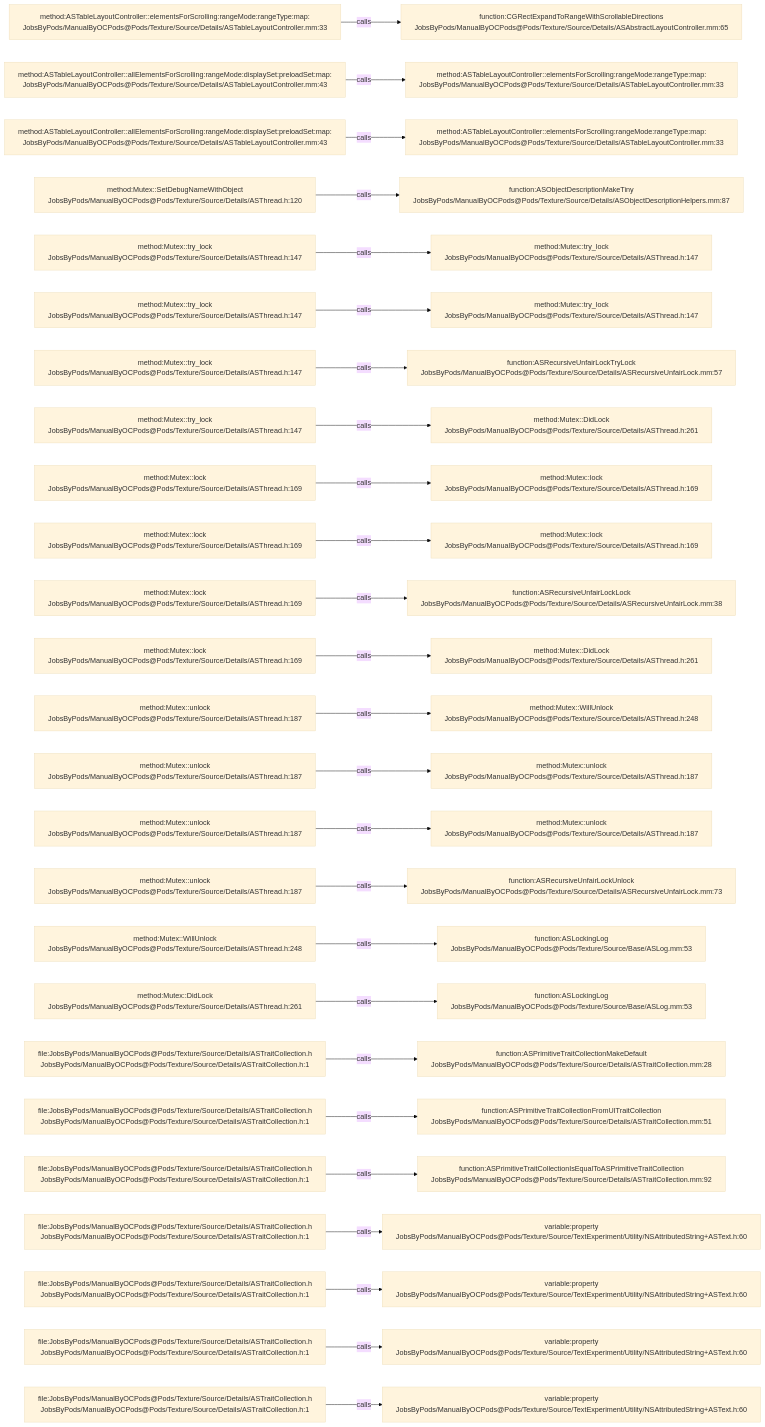
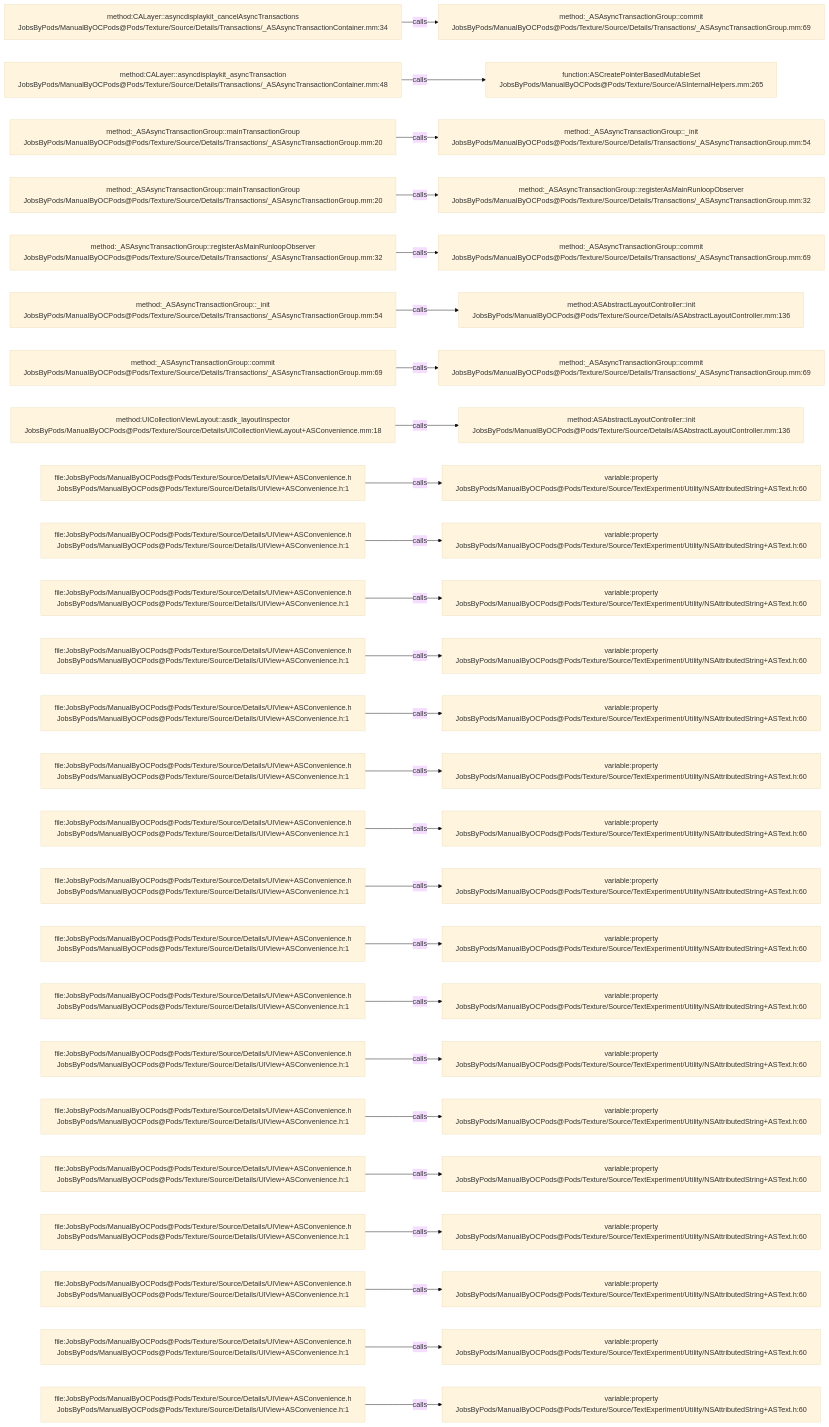
Before and after one commit to JobsKits/JobsOCBaseConfigDemo: the diagram in .codegraph/codegraph.md/graphs/calls-167.md, drawn with Mermaid (base theme). The commit also changed 1353 other files, not shown here.

````diff
--- a/.codegraph/codegraph.md/graphs/calls-167.md
+++ b/.codegraph/codegraph.md/graphs/calls-167.md
@@ -13,78 +13,78 @@
 ```mermaid
 flowchart LR
-  S1["method:ASTableLayoutController::elementsForScrolling:rangeMode:rangeType:map:<br/>JobsByPods/ManualByOCPods@Pods/Texture/Source/Details/ASTableLayoutController.mm:33"]
-  T1["function:CGRectExpandToRangeWithScrollableDirections<br/>JobsByPods/ManualByOCPods@Pods/Texture/Source/Details/ASAbstractLayoutController.mm:65"]
+  S1["method:CALayer::asyncdisplaykit_cancelAsyncTransactions<br/>JobsByPods/ManualByOCPods@Pods/Texture/Source/Details/Transactions/_ASAsyncTransactionContainer.mm:34"]
+  T1["method:_ASAsyncTransactionGroup::commit<br/>JobsByPods/ManualByOCPods@Pods/Texture/Source/Details/Transactions/_ASAsyncTransactionGroup.mm:69"]
   S1 -->|calls| T1
-  S2["method:ASTableLayoutController::allElementsForScrolling:rangeMode:displaySet:preloadSet:map:<br/>JobsByPods/ManualByOCPods@Pods/Texture/Source/Details/ASTableLayoutController.mm:43"]
-  T2["method:ASTableLayoutController::elementsForScrolling:rangeMode:rangeType:map:<br/>JobsByPods/ManualByOCPods@Pods/Texture/Source/Details/ASTableLayoutController.mm:33"]
+  S2["method:CALayer::asyncdisplaykit_asyncTransaction<br/>JobsByPods/ManualByOCPods@Pods/Texture/Source/Details/Transactions/_ASAsyncTransactionContainer.mm:48"]
+  T2["function:ASCreatePointerBasedMutableSet<br/>JobsByPods/ManualByOCPods@Pods/Texture/Source/ASInternalHelpers.mm:265"]
   S2 -->|calls| T2
-  S3["method:ASTableLayoutController::allElementsForScrolling:rangeMode:displaySet:preloadSet:map:<br/>JobsByPods/ManualByOCPods@Pods/Texture/Source/Details/ASTableLayoutController.mm:43"]
-  T3["method:ASTableLayoutController::elementsForScrolling:rangeMode:rangeType:map:<br/>JobsByPods/ManualByOCPods@Pods/Texture/Source/Details/ASTableLayoutController.mm:33"]
+  S3["method:_ASAsyncTransactionGroup::mainTransactionGroup<br/>JobsByPods/ManualByOCPods@Pods/Texture/Source/Details/Transactions/_ASAsyncTransactionGroup.mm:20"]
+  T3["method:_ASAsyncTransactionGroup::_init<br/>JobsByPods/ManualByOCPods@Pods/Texture/Source/Details/Transactions/_ASAsyncTransactionGroup.mm:54"]
   S3 -->|calls| T3
-  S4["method:Mutex::SetDebugNameWithObject<br/>JobsByPods/ManualByOCPods@Pods/Texture/Source/Details/ASThread.h:120"]
-  T4["function:ASObjectDescriptionMakeTiny<br/>JobsByPods/ManualByOCPods@Pods/Texture/Source/Details/ASObjectDescriptionHelpers.mm:87"]
+  S4["method:_ASAsyncTransactionGroup::mainTransactionGroup<br/>JobsByPods/ManualByOCPods@Pods/Texture/Source/Details/Transactions/_ASAsyncTransactionGroup.mm:20"]
+  T4["method:_ASAsyncTransactionGroup::registerAsMainRunloopObserver<br/>JobsByPods/ManualByOCPods@Pods/Texture/Source/Details/Transactions/_ASAsyncTransactionGroup.mm:32"]
   S4 -->|calls| T4
-  S5["method:Mutex::try_lock<br/>JobsByPods/ManualByOCPods@Pods/Texture/Source/Details/ASThread.h:147"]
-  T5["method:Mutex::try_lock<br/>JobsByPods/ManualByOCPods@Pods/Texture/Source/Details/ASThread.h:147"]
+  S5["method:_ASAsyncTransactionGroup::registerAsMainRunloopObserver<br/>JobsByPods/ManualByOCPods@Pods/Texture/Source/Details/Transactions/_ASAsyncTransactionGroup.mm:32"]
+  T5["method:_ASAsyncTransactionGroup::commit<br/>JobsByPods/ManualByOCPods@Pods/Texture/Source/Details/Transactions/_ASAsyncTransactionGroup.mm:69"]
   S5 -->|calls| T5
-  S6["method:Mutex::try_lock<br/>JobsByPods/ManualByOCPods@Pods/Texture/Source/Details/ASThread.h:147"]
-  T6["method:Mutex::try_lock<br/>JobsByPods/ManualByOCPods@Pods/Texture/Source/Details/ASThread.h:147"]
+  S6["method:_ASAsyncTransactionGroup::_init<br/>JobsByPods/ManualByOCPods@Pods/Texture/Source/Details/Transactions/_ASAsyncTransactionGroup.mm:54"]
+  T6["method:ASAbstractLayoutController::init<br/>JobsByPods/ManualByOCPods@Pods/Texture/Source/Details/ASAbstractLayoutController.mm:136"]
   S6 -->|calls| T6
-  S7["method:Mutex::try_lock<br/>JobsByPods/ManualByOCPods@Pods/Texture/Source/Details/ASThread.h:147"]
-  T7["function:ASRecursiveUnfairLockTryLock<br/>JobsByPods/ManualByOCPods@Pods/Texture/Source/Details/ASRecursiveUnfairLock.mm:57"]
+  S7["method:_ASAsyncTransactionGroup::commit<br/>JobsByPods/ManualByOCPods@Pods/Texture/Source/Details/Transactions/_ASAsyncTransactionGroup.mm:69"]
+  T7["method:_ASAsyncTransactionGroup::commit<br/>JobsByPods/ManualByOCPods@Pods/Texture/Source/Details/Transactions/_ASAsyncTransactionGroup.mm:69"]
   S7 -->|calls| T7
-  S8["method:Mutex::try_lock<br/>JobsByPods/ManualByOCPods@Pods/Texture/Source/Details/ASThread.h:147"]
-  T8["method:Mutex::DidLock<br/>JobsByPods/ManualByOCPods@Pods/Texture/Source/Details/ASThread.h:261"]
+  S8["method:UICollectionViewLayout::asdk_layoutInspector<br/>JobsByPods/ManualByOCPods@Pods/Texture/Source/Details/UICollectionViewLayout+ASConvenience.mm:18"]
+  T8["method:ASAbstractLayoutController::init<br/>JobsByPods/ManualByOCPods@Pods/Texture/Source/Details/ASAbstractLayoutController.mm:136"]
   S8 -->|calls| T8
-  S9["method:Mutex::lock<br/>JobsByPods/ManualByOCPods@Pods/Texture/Source/Details/ASThread.h:169"]
-  T9["method:Mutex::lock<br/>JobsByPods/ManualByOCPods@Pods/Texture/Source/Details/ASThread.h:169"]
+  S9["file:JobsByPods/ManualByOCPods@Pods/Texture/Source/Details/UIView+ASConvenience.h<br/>JobsByPods/ManualByOCPods@Pods/Texture/Source/Details/UIView+ASConvenience.h:1"]
+  T9["variable:property<br/>JobsByPods/ManualByOCPods@Pods/Texture/Source/TextExperiment/Utility/NSAttributedString+ASText.h:60"]
   S9 -->|calls| T9
-  S10["method:Mutex::lock<br/>JobsByPods/ManualByOCPods@Pods/Texture/Source/Details/ASThread.h:169"]
-  T10["method:Mutex::lock<br/>JobsByPods/ManualByOCPods@Pods/Texture/Source/Details/ASThread.h:169"]
+  S10["file:JobsByPods/ManualByOCPods@Pods/Texture/Source/Details/UIView+ASConvenience.h<br/>JobsByPods/ManualByOCPods@Pods/Texture/Source/Details/UIView+ASConvenience.h:1"]
+  T10["variable:property<br/>JobsByPods/ManualByOCPods@Pods/Texture/Source/TextExperiment/Utility/NSAttributedString+ASText.h:60"]
   S10 -->|calls| T10
-  S11["method:Mutex::lock<br/>JobsByPods/ManualByOCPods@Pods/Texture/Source/Details/ASThread.h:169"]
-  T11["function:ASRecursiveUnfairLockLock<br/>JobsByPods/ManualByOCPods@Pods/Texture/Source/Details/ASRecursiveUnfairLock.mm:38"]
+  S11["file:JobsByPods/ManualByOCPods@Pods/Texture/Source/Details/UIView+ASConvenience.h<br/>JobsByPods/ManualByOCPods@Pods/Texture/Source/Details/UIView+ASConvenience.h:1"]
+  T11["variable:property<br/>JobsByPods/ManualByOCPods@Pods/Texture/Source/TextExperiment/Utility/NSAttributedString+ASText.h:60"]
   S11 -->|calls| T11
-  S12["method:Mutex::lock<br/>JobsByPods/ManualByOCPods@Pods/Texture/Source/Details/ASThread.h:169"]
-  T12["method:Mutex::DidLock<br/>JobsByPods/ManualByOCPods@Pods/Texture/Source/Details/ASThread.h:261"]
+  S12["file:JobsByPods/ManualByOCPods@Pods/Texture/Source/Details/UIView+ASConvenience.h<br/>JobsByPods/ManualByOCPods@Pods/Texture/Source/Details/UIView+ASConvenience.h:1"]
+  T12["variable:property<br/>JobsByPods/ManualByOCPods@Pods/Texture/Source/TextExperiment/Utility/NSAttributedString+ASText.h:60"]
   S12 -->|calls| T12
-  S13["method:Mutex::unlock<br/>JobsByPods/ManualByOCPods@Pods/Texture/Source/Details/ASThread.h:187"]
-  T13["method:Mutex::WillUnlock<br/>JobsByPods/ManualByOCPods@Pods/Texture/Source/Details/ASThread.h:248"]
+  S13["file:JobsByPods/ManualByOCPods@Pods/Texture/Source/Details/UIView+ASConvenience.h<br/>JobsByPods/ManualByOCPods@Pods/Texture/Source/Details/UIView+ASConvenience.h:1"]
+  T13["variable:property<br/>JobsByPods/ManualByOCPods@Pods/Texture/Source/TextExperiment/Utility/NSAttributedString+ASText.h:60"]
   S13 -->|calls| T13
-  S14["method:Mutex::unlock<br/>JobsByPods/ManualByOCPods@Pods/Texture/Source/Details/ASThread.h:187"]
-  T14["method:Mutex::unlock<br/>JobsByPods/ManualByOCPods@Pods/Texture/Source/Details/ASThread.h:187"]
+  S14["file:JobsByPods/ManualByOCPods@Pods/Texture/Source/Details/UIView+ASConvenience.h<br/>JobsByPods/ManualByOCPods@Pods/Texture/Source/Details/UIView+ASConvenience.h:1"]
+  T14["variable:property<br/>JobsByPods/ManualByOCPods@Pods/Texture/Source/TextExperiment/Utility/NSAttributedString+ASText.h:60"]
   S14 -->|calls| T14
-  S15["method:Mutex::unlock<br/>JobsByPods/ManualByOCPods@Pods/Texture/Source/Details/ASThread.h:187"]
-  T15["method:Mutex::unlock<br/>JobsByPods/ManualByOCPods@Pods/Texture/Source/Details/ASThread.h:187"]
+  S15["file:JobsByPods/ManualByOCPods@Pods/Texture/Source/Details/UIView+ASConvenience.h<br/>JobsByPods/ManualByOCPods@Pods/Texture/Source/Details/UIView+ASConvenience.h:1"]
+  T15["variable:property<br/>JobsByPods/ManualByOCPods@Pods/Texture/Source/TextExperiment/Utility/NSAttributedString+ASText.h:60"]
   S15 -->|calls| T15
-  S16["method:Mutex::unlock<br/>JobsByPods/ManualByOCPods@Pods/Texture/Source/Details/ASThread.h:187"]
-  T16["function:ASRecursiveUnfairLockUnlock<br/>JobsByPods/ManualByOCPods@Pods/Texture/Source/Details/ASRecursiveUnfairLock.mm:73"]
+  S16["file:JobsByPods/ManualByOCPods@Pods/Texture/Source/Details/UIView+ASConvenience.h<br/>JobsByPods/ManualByOCPods@Pods/Texture/Source/Details/UIView+ASConvenience.h:1"]
+  T16["variable:property<br/>JobsByPods/ManualByOCPods@Pods/Texture/Source/TextExperiment/Utility/NSAttributedString+ASText.h:60"]
   S16 -->|calls| T16
-  S17["method:Mutex::WillUnlock<br/>JobsByPods/ManualByOCPods@Pods/Texture/Source/Details/ASThread.h:248"]
-  T17["function:ASLockingLog<br/>JobsByPods/ManualByOCPods@Pods/Texture/Source/Base/ASLog.mm:53"]
+  S17["file:JobsByPods/ManualByOCPods@Pods/Texture/Source/Details/UIView+ASConvenience.h<br/>JobsByPods/ManualByOCPods@Pods/Texture/Source/Details/UIView+ASConvenience.h:1"]
+  T17["variable:property<br/>JobsByPods/ManualByOCPods@Pods/Texture/Source/TextExperiment/Utility/NSAttributedString+ASText.h:60"]
   S17 -->|calls| T17
-  S18["method:Mutex::DidLock<br/>JobsByPods/ManualByOCPods@Pods/Texture/Source/Details/ASThread.h:261"]
-  T18["function:ASLockingLog<br/>JobsByPods/ManualByOCPods@Pods/Texture/Source/Base/ASLog.mm:53"]
+  S18["file:JobsByPods/ManualByOCPods@Pods/Texture/Source/Details/UIView+ASConvenience.h<br/>JobsByPods/ManualByOCPods@Pods/Texture/Source/Details/UIView+ASConvenience.h:1"]
+  T18["variable:property<br/>JobsByPods/ManualByOCPods@Pods/Texture/Source/TextExperiment/Utility/NSAttributedString+ASText.h:60"]
   S18 -->|calls| T18
-  S19["file:JobsByPods/ManualByOCPods@Pods/Texture/Source/Details/ASTraitCollection.h<br/>JobsByPods/ManualByOCPods@Pods/Texture/Source/Details/ASTraitCollection.h:1"]
-  T19["function:ASPrimitiveTraitCollectionMakeDefault<br/>JobsByPods/ManualByOCPods@Pods/Texture/Source/Details/ASTraitCollection.mm:28"]
+  S19["file:JobsByPods/ManualByOCPods@Pods/Texture/Source/Details/UIView+ASConvenience.h<br/>JobsByPods/ManualByOCPods@Pods/Texture/Source/Details/UIView+ASConvenience.h:1"]
+  T19["variable:property<br/>JobsByPods/ManualByOCPods@Pods/Texture/Source/TextExperiment/Utility/NSAttributedString+ASText.h:60"]
   S19 -->|calls| T19
-  S20["file:JobsByPods/ManualByOCPods@Pods/Texture/Source/Details/ASTraitCollection.h<br/>JobsByPods/ManualByOCPods@Pods/Texture/Source/Details/ASTraitCollection.h:1"]
-  T20["function:ASPrimitiveTraitCollectionFromUITraitCollection<br/>JobsByPods/ManualByOCPods@Pods/Texture/Source/Details/ASTraitCollection.mm:51"]
+  S20["file:JobsByPods/ManualByOCPods@Pods/Texture/Source/Details/UIView+ASConvenience.h<br/>JobsByPods/ManualByOCPods@Pods/Texture/Source/Details/UIView+ASConvenience.h:1"]
+  T20["variable:property<br/>JobsByPods/ManualByOCPods@Pods/Texture/Source/TextExperiment/Utility/NSAttributedString+ASText.h:60"]
   S20 -->|calls| T20
-  S21["file:JobsByPods/ManualByOCPods@Pods/Texture/Source/Details/ASTraitCollection.h<br/>JobsByPods/ManualByOCPods@Pods/Texture/Source/Details/ASTraitCollection.h:1"]
-  T21["function:ASPrimitiveTraitCollectionIsEqualToASPrimitiveTraitCollection<br/>JobsByPods/ManualByOCPods@Pods/Texture/Source/Details/ASTraitCollection.mm:92"]
+  S21["file:JobsByPods/ManualByOCPods@Pods/Texture/Source/Details/UIView+ASConvenience.h<br/>JobsByPods/ManualByOCPods@Pods/Texture/Source/Details/UIView+ASConvenience.h:1"]
+  T21["variable:property<br/>JobsByPods/ManualByOCPods@Pods/Texture/Source/TextExperiment/Utility/NSAttributedString+ASText.h:60"]
   S21 -->|calls| T21
-  S22["file:JobsByPods/ManualByOCPods@Pods/Texture/Source/Details/ASTraitCollection.h<br/>JobsByPods/ManualByOCPods@Pods/Texture/Source/Details/ASTraitCollection.h:1"]
+  S22["file:JobsByPods/ManualByOCPods@Pods/Texture/Source/Details/UIView+ASConvenience.h<br/>JobsByPods/ManualByOCPods@Pods/Texture/Source/Details/UIView+ASConvenience.h:1"]
   T22["variable:property<br/>JobsByPods/ManualByOCPods@Pods/Texture/Source/TextExperiment/Utility/NSAttributedString+ASText.h:60"]
   S22 -->|calls| T22
-  S23["file:JobsByPods/ManualByOCPods@Pods/Texture/Source/Details/ASTraitCollection.h<br/>JobsByPods/ManualByOCPods@Pods/Texture/Source/Details/ASTraitCollection.h:1"]
+  S23["file:JobsByPods/ManualByOCPods@Pods/Texture/Source/Details/UIView+ASConvenience.h<br/>JobsByPods/ManualByOCPods@Pods/Texture/Source/Details/UIView+ASConvenience.h:1"]
   T23["variable:property<br/>JobsByPods/ManualByOCPods@Pods/Texture/Source/TextExperiment/Utility/NSAttributedString+ASText.h:60"]
   S23 -->|calls| T23
-  S24["file:JobsByPods/ManualByOCPods@Pods/Texture/Source/Details/ASTraitCollection.h<br/>JobsByPods/ManualByOCPods@Pods/Texture/Source/Details/ASTraitCollection.h:1"]
+  S24["file:JobsByPods/ManualByOCPods@Pods/Texture/Source/Details/UIView+ASConvenience.h<br/>JobsByPods/ManualByOCPods@Pods/Texture/Source/Details/UIView+ASConvenience.h:1"]
   T24["variable:property<br/>JobsByPods/ManualByOCPods@Pods/Texture/Source/TextExperiment/Utility/NSAttributedString+ASText.h:60"]
   S24 -->|calls| T24
-  S25["file:JobsByPods/ManualByOCPods@Pods/Texture/Source/Details/ASTraitCollection.h<br/>JobsByPods/ManualByOCPods@Pods/Texture/Source/Details/ASTraitCollection.h:1"]
+  S25["file:JobsByPods/ManualByOCPods@Pods/Texture/Source/Details/UIView+ASConvenience.h<br/>JobsByPods/ManualByOCPods@Pods/Texture/Source/Details/UIView+ASConvenience.h:1"]
   T25["variable:property<br/>JobsByPods/ManualByOCPods@Pods/Texture/Source/TextExperiment/Utility/NSAttributedString+ASText.h:60"]
   S25 -->|calls| T25
 ```
````
